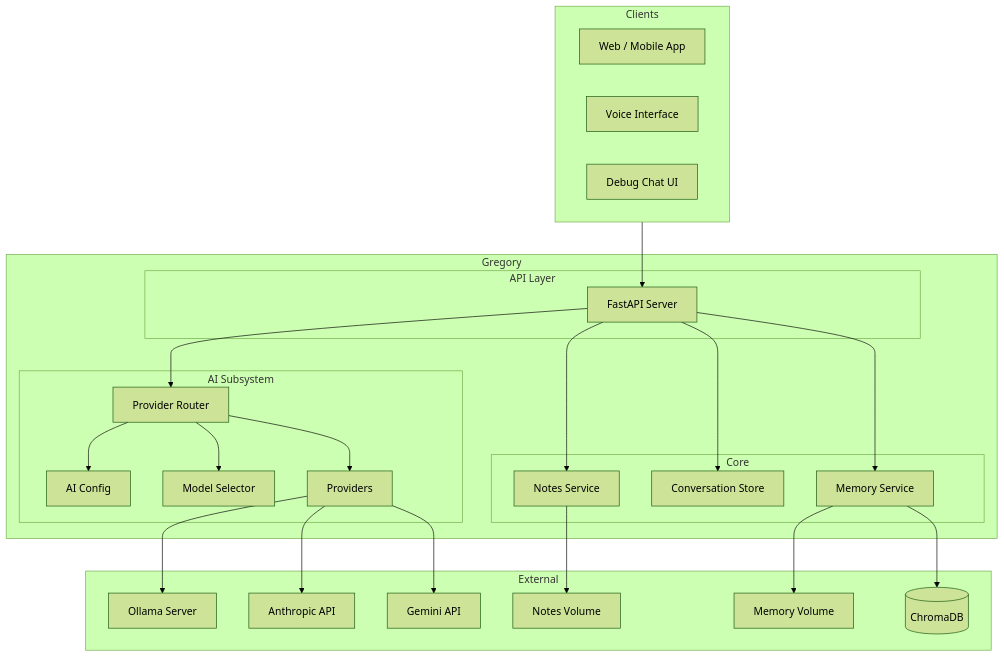
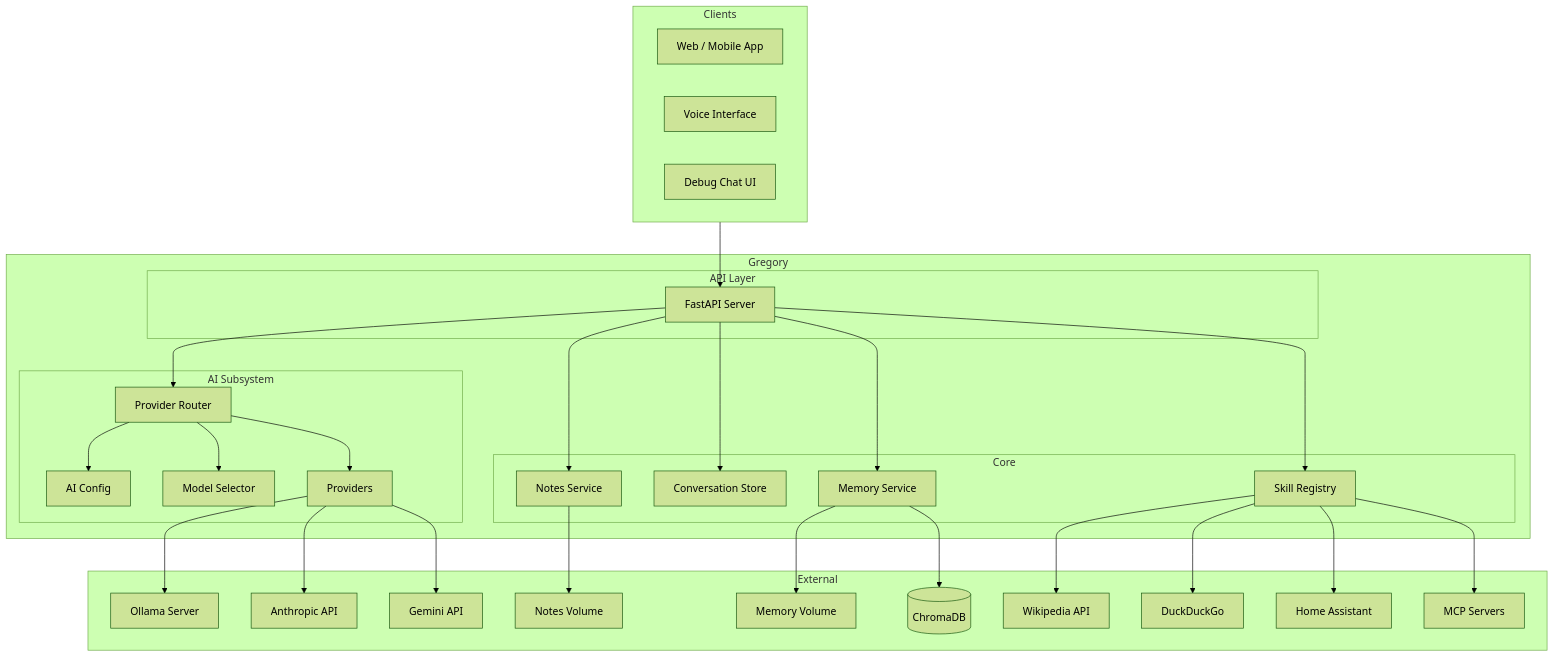
One commit to StevenGann/Gregory changed the first of 7 diagrams in docs/ARCHITECTURE.md. Above: the diagram before and after it, drawn with Mermaid (forest theme). The commit also changed other lines of this file and 10 other files, not shown here.

````diff
--- a/docs/ARCHITECTURE.md
+++ b/docs/ARCHITECTURE.md
@@ -7,49 +7,59 @@
 ```mermaid
 flowchart TB
     subgraph clients [Clients]
         WebApp[Web / Mobile App]
         VoiceInterface[Voice Interface]
         DebugUI[Debug Chat UI]
     end
 
     subgraph gregory [Gregory]
         subgraph api [API Layer]
             FastAPI[FastAPI Server]
         end
         subgraph core [Core]
             Notes[Notes Service]
             Store[Conversation Store]
             Memory[Memory Service]
+            Skills[Skill Registry]
         end
         subgraph ai [AI Subsystem]
             Config[AI Config]
             Router[Provider Router]
             Selector[Model Selector]
             Providers[Providers]
         end
     end
 
     subgraph external [External]
         OllamaServer[Ollama Server]
         Anthropic[Anthropic API]
         Gemini[Gemini API]
         NotesVolume[Notes Volume]
         MemoryVolume[Memory Volume]
         ChromaDB[(ChromaDB)]
+        Wikipedia[Wikipedia API]
+        DuckDuckGo[DuckDuckGo]
+        HomeAssistant[Home Assistant]
+        MCPServers[MCP Servers]
     end
 
     clients --> FastAPI
     FastAPI --> Notes
     FastAPI --> Store
     FastAPI --> Memory
+    FastAPI --> Skills
     FastAPI --> Router
     Router --> Config
     Router --> Selector
     Router --> Providers
     Providers --> OllamaServer
     Providers --> Anthropic
     Providers --> Gemini
     Notes --> NotesVolume
     Memory --> MemoryVolume
     Memory --> ChromaDB
+    Skills --> Wikipedia
+    Skills --> DuckDuckGo
+    Skills --> HomeAssistant
+    Skills --> MCPServers
 ```
````
